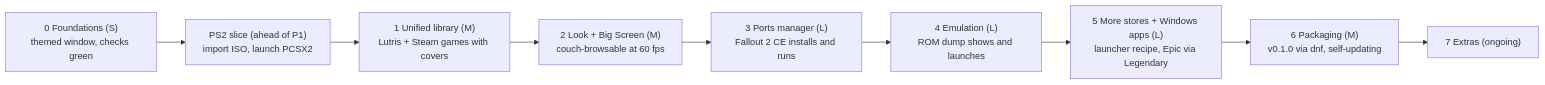
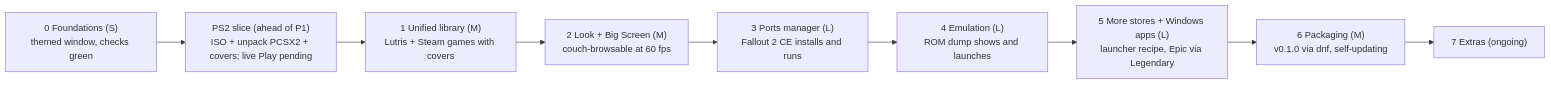
One commit to artsiom-tsaryonau/Marquee changed the second of 2 diagrams in docs/ROADMAP.md. Above: the diagram before and after it, drawn with Mermaid. The commit also changed other lines of this file and 63 other files, not shown here.

First line of the commit message:
Unpack official PCSX2 into Marquee’s data dir and match the desktop chrome to the demo.

````diff
--- a/docs/ROADMAP.md
+++ b/docs/ROADMAP.md
@@ -435,11 +444,11 @@
 ```mermaid
 flowchart LR
-  P0["0 Foundations (S)<br/>themed window, checks green"] --> PS2["PS2 slice (ahead of P1)<br/>import ISO, launch PCSX2"]
+  P0["0 Foundations (S)<br/>themed window, checks green"] --> PS2["PS2 slice (ahead of P1)<br/>ISO + unpack PCSX2 + covers; live Play pending"]
   PS2 --> P1["1 Unified library (M)<br/>Lutris + Steam games with covers"]
   P1 --> P2["2 Look + Big Screen (M)<br/>couch-browsable at 60 fps"]
   P2 --> P3["3 Ports manager (L)<br/>Fallout 2 CE installs and runs"]
   P3 --> P4["4 Emulation (L)<br/>ROM dump shows and launches"]
   P4 --> P5["5 More stores + Windows apps (L)<br/>launcher recipe, Epic via Legendary"]
   P5 --> P6["6 Packaging (M)<br/>v0.1.0 via dnf, self-updating"]
   P6 --> P7["7 Extras (ongoing)"]
 ```
````
